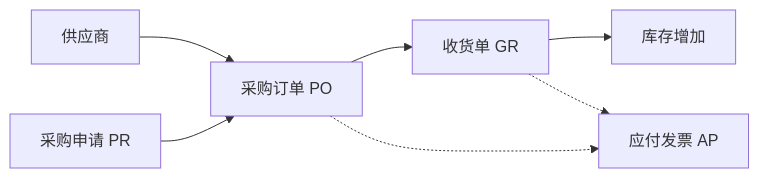
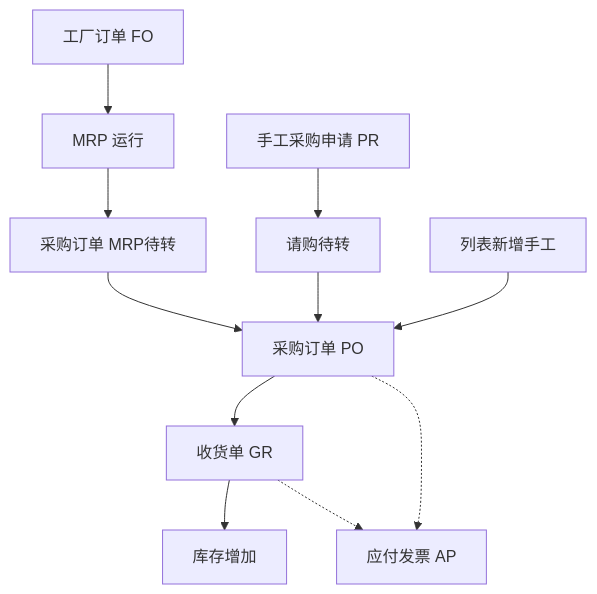
One commit to Micron818/lychee-doc changed the diagram in user_training/zh/00-overview/03-procure-to-pay.md. Above: the diagram before and after it, drawn with Mermaid. The commit also changed other lines of this file and 19 other files, not shown here.

````diff
--- a/user_training/zh/00-overview/03-procure-to-pay.md
+++ b/user_training/zh/00-overview/03-procure-to-pay.md
@@ -12,14 +12,14 @@
 ```mermaid
-flowchart LR
-  S[供应商]
-  PR[采购申请 PR]
-  PO[采购订单 PO]
-  GR[收货单 GR]
-  STK[库存增加]
-  AP[应付发票 AP]
-
-  S --> PO
-  PR --> PO --> GR --> STK
-  GR -.-> AP
+flowchart TD
+  FO[工厂订单 FO] --> MRP[MRP 运行]
+  MRP --> WB[采购订单 MRP待转]
+  PR[手工采购申请 PR] --> PRWB[请购待转]
+  MAN[列表新增手工]
+  WB --> PO[采购订单 PO]
+  PRWB --> PO
+  MAN --> PO
+  PO --> GR[收货单 GR]
+  GR --> STK[库存增加]
+  GR -.-> AP[应付发票 AP]
   PO -.-> AP
 ```
````
